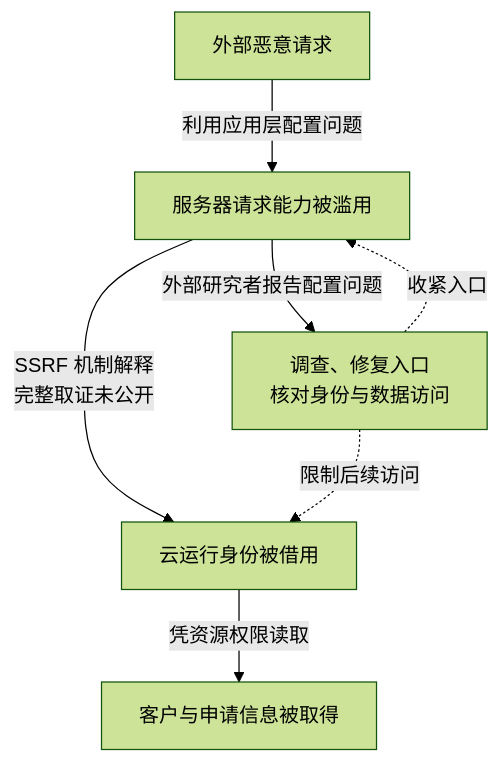
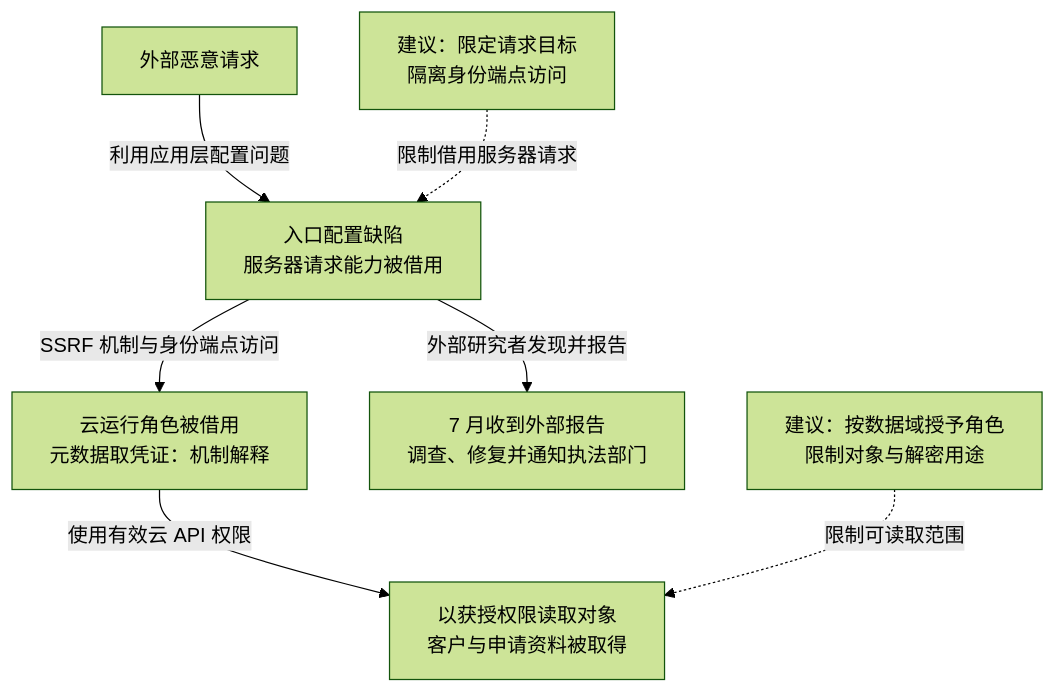
The diagram in docs/01-网络安全/01-网络空间安全/01-安全威胁/01-历史攻击事件/2019-CapitalOne云数据泄露事件分析.md (FeeiCN/FEEI.CN), drawn with Mermaid (forest theme) before and after one commit. The commit also changed other lines of this file and 21 other files, not shown here.

````diff
--- a/docs/01-网络安全/01-网络空间安全/01-安全威胁/01-历史攻击事件/2019-CapitalOne云数据泄露事件分析.md
+++ b/docs/01-网络安全/01-网络空间安全/01-安全威胁/01-历史攻击事件/2019-CapitalOne云数据泄露事件分析.md
@@ -35,13 +35,21 @@
 ```mermaid
 flowchart TB
-  accTitle: 入口缺陷与过宽权限共同扩大数据影响
-  accDescr: 当事方材料指出应用层防火墙配置问题与过宽权限。SSRF 被用于解释服务器请求怎样触及云身份，具体请求细节未在本文独立复现。异常配置报告促使调查及修复，但数据复制需要另行核对。
-  a["外部恶意请求"] -->|利用应用层配置问题| b["服务器请求能力被滥用"]
-  b -->|SSRF 机制解释<br/>完整取证未公开| c["云运行身份被借用"]
-  c -->|凭资源权限读取| d["客户与申请信息被取得"]
-  b -->|外部研究者报告配置问题| r["调查、修复入口<br/>核对身份与数据访问"]
-  r -. 收紧入口 .-> b
-  r -. 限制后续访问 .-> c
-  class b,c,d main
-  class r response
+  accTitle: 公网请求怎样借用云运行身份
+  accDescr: 公司确认配置缺陷导致资料被读取，Amazon 在答辩中将攻击解释为 SSRF 与过宽权限。元数据取证步骤以机制解释标明；角色权限决定对象读取范围。外部报告促使调查与修复，虚线为本文建议。
+  request["外部恶意请求"]
+  server["入口配置缺陷<br/>服务器请求能力被借用"]
+  identity["云运行角色被借用<br/>元数据取凭证：机制解释"]
+  objects["以获授权限读取对象<br/>客户与申请资料被取得"]
+  report["7 月收到外部报告<br/>调查、修复并通知执法部门"]
+  entryControl["建议：限定请求目标<br/>隔离身份端点访问"]
+  dataControl["建议：按数据域授予角色<br/>限制对象与解密用途"]
+  request -->|利用应用层配置问题| server
+  server -->|SSRF 机制与身份端点访问| identity
+  identity -->|使用有效云 API 权限| objects
+  server -->|外部研究者发现并报告| report
+  entryControl -. 限制借用服务器请求 .-> server
+  dataControl -. 限制可读取范围 .-> objects
+  class server,identity,objects main
+  class report response
+  class entryControl,dataControl note
 ```
````
